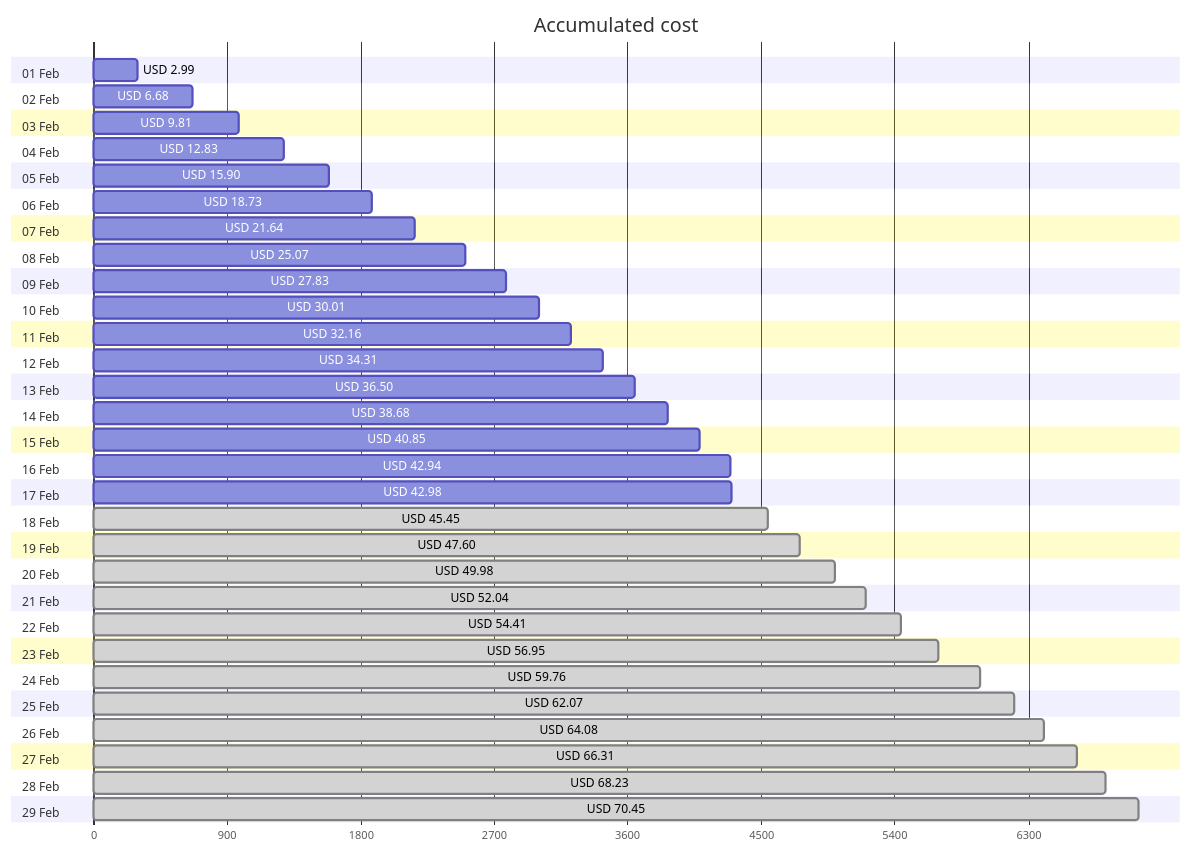
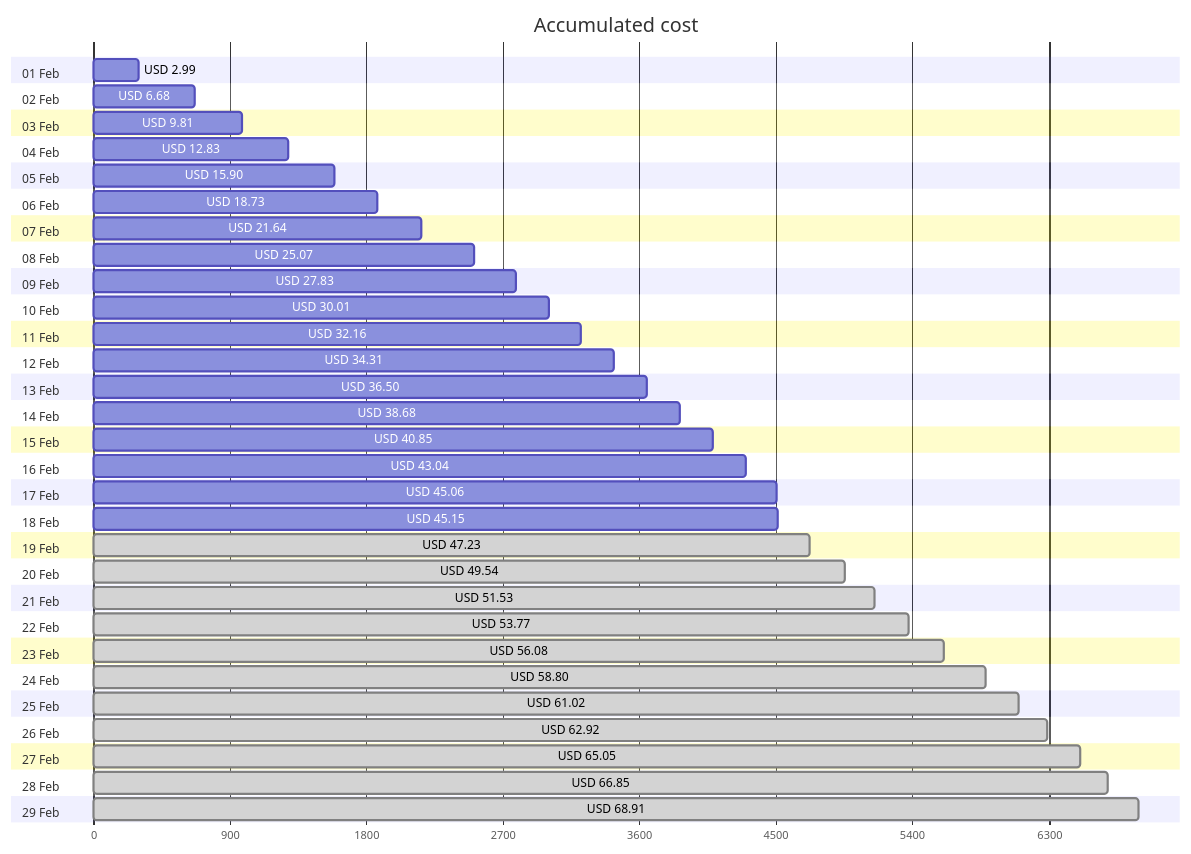
One commit to jpfulton/azure-personal-reports changed the first of 4 diagrams in cost-reports/accumulated-cost.md. Above: the diagram before and after it, drawn with Mermaid. The commit also changed other lines of this file and 4 other files, not shown here.

````diff
--- a/cost-reports/accumulated-cost.md
+++ b/cost-reports/accumulated-cost.md
@@ -20,64 +20,64 @@
 ```mermaid
 gantt
    title Accumulated cost
    dateFormat  X
    axisFormat %s
    section 01 Feb
    USD 2.99 :0, 299
    section 02 Feb
    USD 6.68 :0, 668
    section 03 Feb
    USD 9.81 :0, 981
    section 04 Feb
    USD 12.83 :0, 1283
    section 05 Feb
    USD 15.90 :0, 1590
    section 06 Feb
    USD 18.73 :0, 1873
    section 07 Feb
    USD 21.64 :0, 2164
    section 08 Feb
    USD 25.07 :0, 2507
    section 09 Feb
    USD 27.83 :0, 2783
    section 10 Feb
    USD 30.01 :0, 3001
    section 11 Feb
    USD 32.16 :0, 3216
    section 12 Feb
    USD 34.31 :0, 3431
    section 13 Feb
    USD 36.50 :0, 3650
    section 14 Feb
    USD 38.68 :0, 3868
    section 15 Feb
    USD 40.85 :0, 4085
    section 16 Feb
-   USD 42.94 :0, 4294
+   USD 43.04 :0, 4304
    section 17 Feb
-   USD 42.98 :0, 4298
+   USD 45.06 :0, 4506
    section 18 Feb
-   USD 45.45 : done, 0, 4545
+   USD 45.15 :0, 4515
    section 19 Feb
-   USD 47.60 : done, 0, 4760
+   USD 47.23 : done, 0, 4723
    section 20 Feb
-   USD 49.98 : done, 0, 4998
+   USD 49.54 : done, 0, 4954
    section 21 Feb
-   USD 52.04 : done, 0, 5204
+   USD 51.53 : done, 0, 5153
    section 22 Feb
-   USD 54.41 : done, 0, 5441
+   USD 53.77 : done, 0, 5377
    section 23 Feb
-   USD 56.95 : done, 0, 5695
+   USD 56.08 : done, 0, 5608
    section 24 Feb
-   USD 59.76 : done, 0, 5976
+   USD 58.80 : done, 0, 5880
    section 25 Feb
-   USD 62.07 : done, 0, 6207
+   USD 61.02 : done, 0, 6102
    section 26 Feb
-   USD 64.08 : done, 0, 6408
+   USD 62.92 : done, 0, 6292
    section 27 Feb
-   USD 66.31 : done, 0, 6631
+   USD 65.05 : done, 0, 6505
    section 28 Feb
-   USD 68.23 : done, 0, 6823
+   USD 66.85 : done, 0, 6685
    section 29 Feb
-   USD 70.45 : done, 0, 7045
+   USD 68.91 : done, 0, 6891
 ```
````
